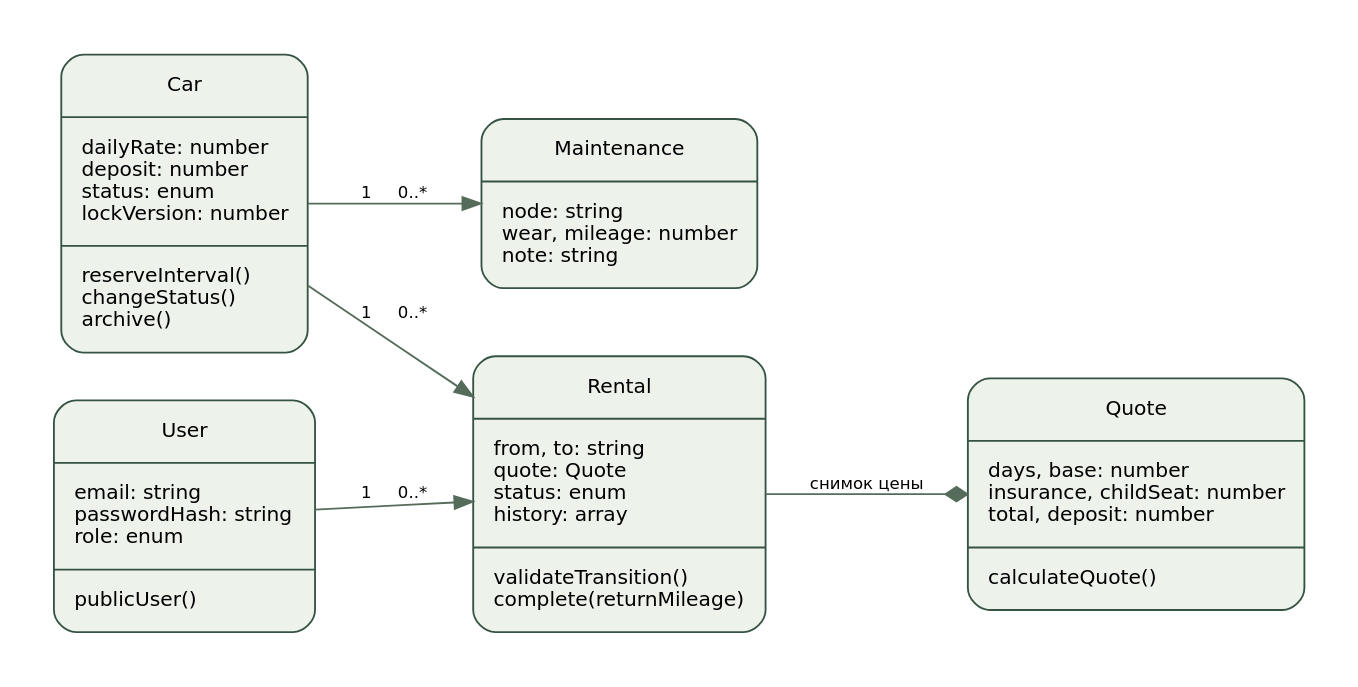
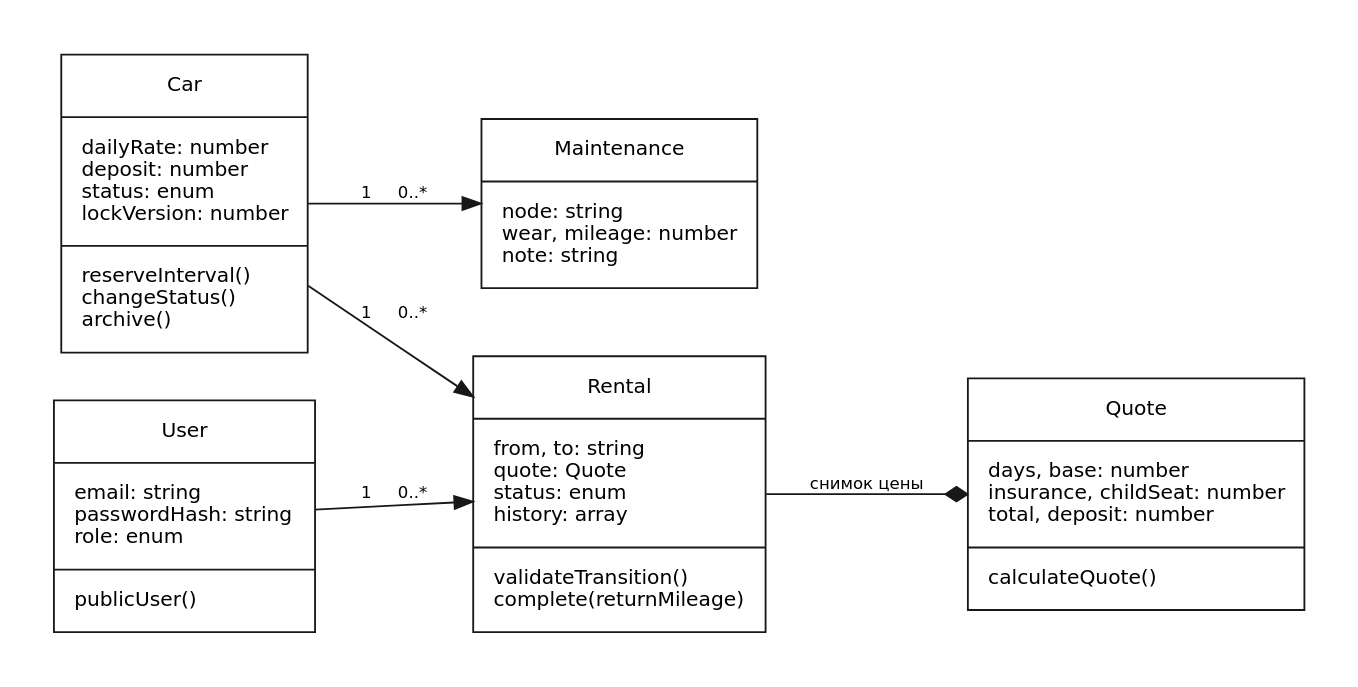
One commit to alexander2007B/cursovaya changed the diagram in docs/diagrams/classes.dot. Above: the diagram before and after it, drawn with Graphviz. The commit also changed 52 other files, not shown here.

Commit message:
Restyle coursework diagrams and use plain hyphens

```diff
--- a/docs/diagrams/classes.dot
+++ b/docs/diagrams/classes.dot
@@ -1,1 +1,1 @@
-digraph G {graph [fontname="DejaVu Sans",bgcolor="white",pad="0.3",ranksep="0.65",nodesep="0.35"]; node [fontname="DejaVu Sans",fontsize=11,shape=box,style="rounded,filled",fillcolor="#edf2eb",color="#355343",margin="0.15"]; edge [fontname="DejaVu Sans",fontsize=9,color="#566c5b"];rankdir=LR;node[shape=record];Car[label="Car|dailyRate: number\ldeposit: number\lstatus: enum\llockVersion: number\l|reserveInterval()\lchangeStatus()\larchive()\l"];Rental[label="Rental|from, to: string\lquote: Quote\lstatus: enum\lhistory: array\l|validateTransition()\lcomplete(returnMileage)\l"];User[label="User|email: string\lpasswordHash: string\lrole: enum\l|publicUser()\l"];Quote[label="Quote|days, base: number\linsurance, childSeat: number\ltotal, deposit: number\l|calculateQuote()\l"];Maintenance[label="Maintenance|node: string\lwear, mileage: number\lnote: string\l"];User->Rental[label="1     0..*"];Car->Rental[label="1     0..*"];Car->Maintenance[label="1     0..*"];Rental->Quote[arrowhead=diamond,label="снимок цены"];}
+digraph G {graph [fontname="DejaVu Sans",bgcolor="white",pad="0.3",ranksep="0.65",nodesep="0.35"]; node [fontname="DejaVu Sans",fontsize=11,shape=box,style="filled",fillcolor="white",color="#181818",margin="0.15"]; edge [fontname="DejaVu Sans",fontsize=9,color="#181818"];rankdir=LR;node[shape=record];Car[label="Car|dailyRate: number\ldeposit: number\lstatus: enum\llockVersion: number\l|reserveInterval()\lchangeStatus()\larchive()\l"];Rental[label="Rental|from, to: string\lquote: Quote\lstatus: enum\lhistory: array\l|validateTransition()\lcomplete(returnMileage)\l"];User[label="User|email: string\lpasswordHash: string\lrole: enum\l|publicUser()\l"];Quote[label="Quote|days, base: number\linsurance, childSeat: number\ltotal, deposit: number\l|calculateQuote()\l"];Maintenance[label="Maintenance|node: string\lwear, mileage: number\lnote: string\l"];User->Rental[label="1     0..*"];Car->Rental[label="1     0..*"];Car->Maintenance[label="1     0..*"];Rental->Quote[arrowhead=diamond,label="снимок цены"];}
```
